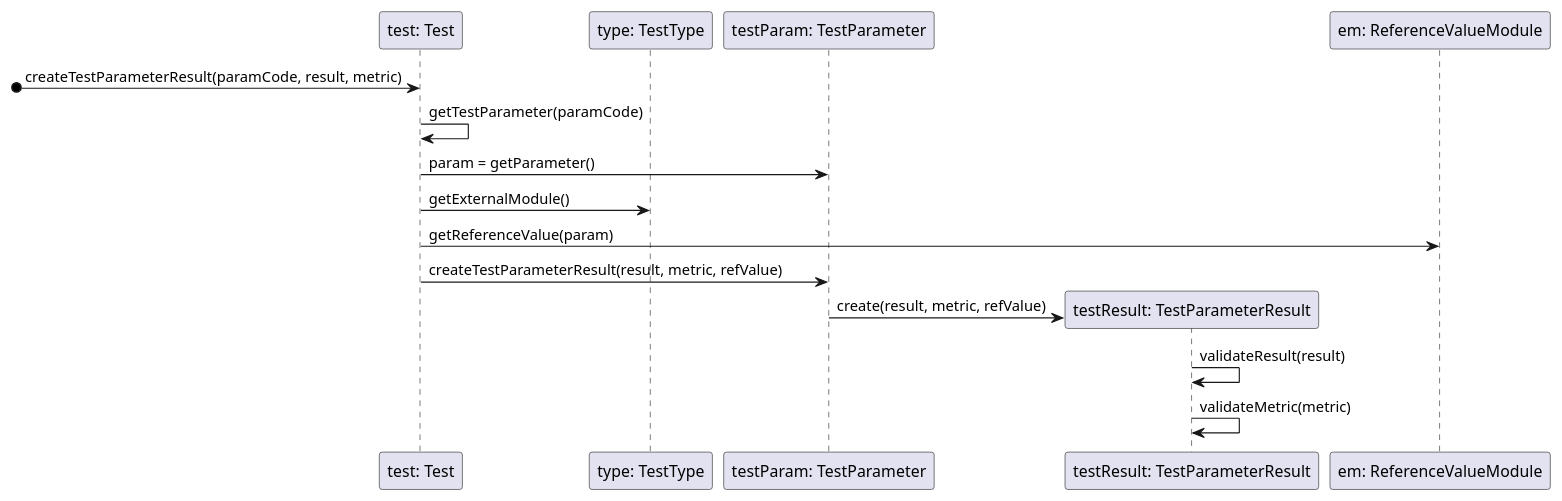
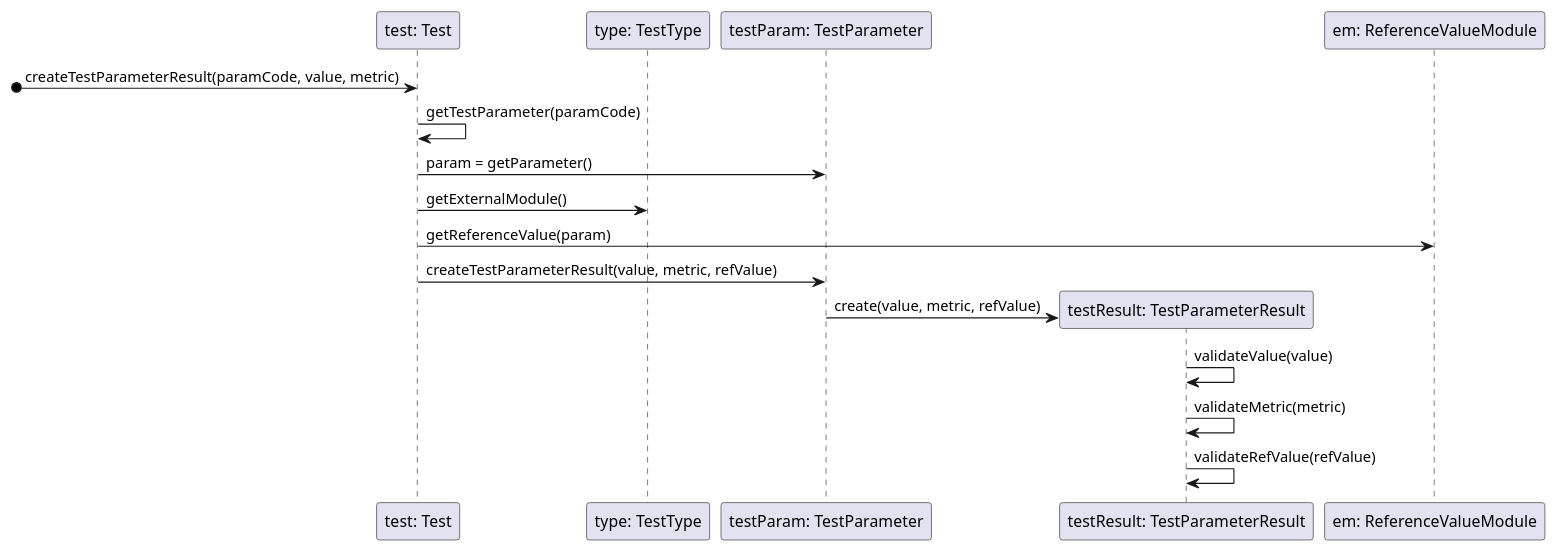
Before and after one commit to MadDinosaur/ISEP-LAPR2: the diagram in docs/SprintC/US12/SD_CreateTestResult.puml, drawn with PlantUML. The commit also changed 9 other files, not shown here.

Commit message:
Added Exception classes. Added TestParameter and TestParameterResult classes. Adjustments to US artifacts.

```diff
--- a/docs/SprintC/US12/SD_CreateTestResult.puml
+++ b/docs/SprintC/US12/SD_CreateTestResult.puml
@@ -1,18 +1,19 @@
 @startuml
 participant "test: Test" as test
 participant "type: TestType" as type
 participant "testParam: TestParameter" as testParam
 participant "testResult: TestParameterResult" as testResult
 participant "em: ReferenceValueModule" as em
 
-[o-> test : createTestParameterResult(paramCode, result, metric)
+[o-> test : createTestParameterResult(paramCode, value, metric)
 test -> test : getTestParameter(paramCode)
 test -> testParam : param = getParameter()
 test -> type : getExternalModule()
 test -> em : getReferenceValue(param)
-test -> testParam : createTestParameterResult(result, metric, refValue)
+test -> testParam : createTestParameterResult(value, metric, refValue)
 create testResult
-testParam -> testResult : create(result, metric, refValue)
-testResult -> testResult : validateResult(result)
+testParam -> testResult : create(value, metric, refValue)
+testResult -> testResult : validateValue(value)
 testResult -> testResult : validateMetric(metric)
+testResult -> testResult : validateRefValue(refValue)
 @enduml
```
